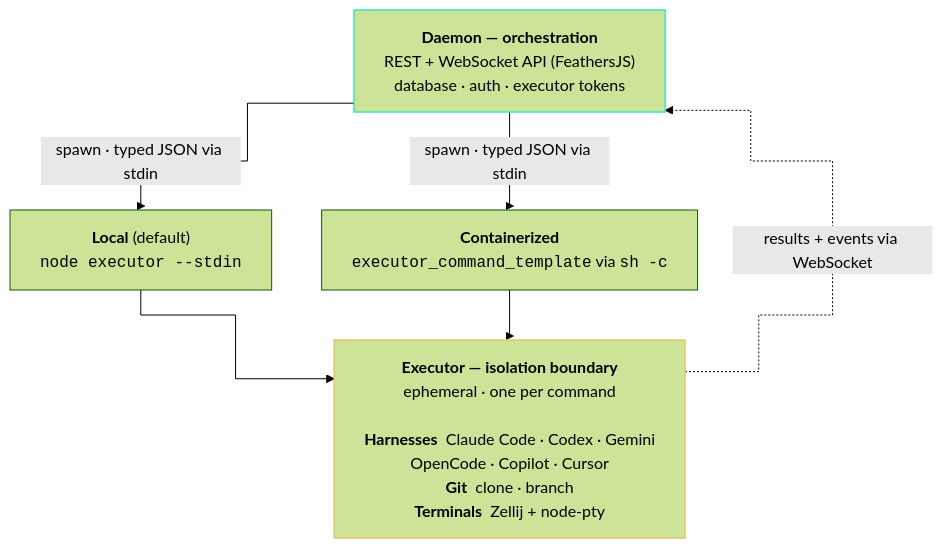
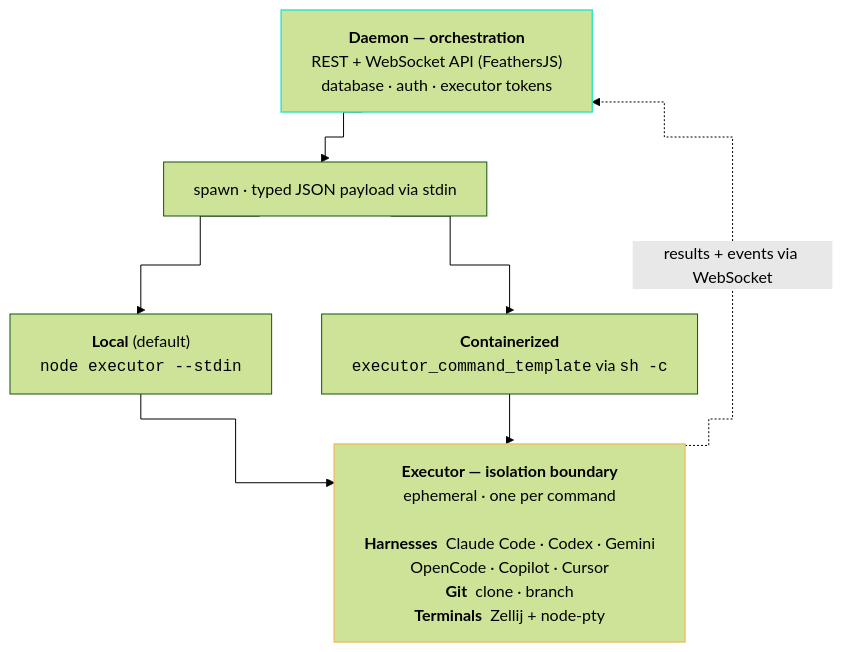
Before and after one commit to preset-io/agor: the diagram in apps/agor-docs/content/guide/containerized-execution.mdx, drawn with Mermaid (forest theme).

Commit message:
docs(executor): clean edge routing — single payload node
The two "spawn · typed JSON via stdin" boxes were edge labels, which
forced mermaid to detour each edge to the label position (off-center
connections, multi-bend paths, crooked arrowheads). Replace them with a
single payload node the daemon points straight into; it fans out to the
two spawn modes. Edges now attach perpendicular to box sides with a
single bend, and the duplicate label is gone.

````diff
--- a/apps/agor-docs/content/guide/containerized-execution.mdx
+++ b/apps/agor-docs/content/guide/containerized-execution.mdx
@@ -21,19 +21,21 @@
 ```mermaid
 %%{init: {'flowchart': {'curve': 'step', 'wrappingWidth': 340}}}%%
 graph TB
     Daemon["<b>Daemon — orchestration</b><br/>REST + WebSocket API (FeathersJS)<br/>database · auth · executor tokens"]
+    Spawn["spawn · typed JSON payload via stdin"]
     Local["<b>Local</b> (default)<br/><code>node executor --stdin</code>"]
     Remote["<b>Containerized</b><br/><code>executor_command_template</code> via <code>sh -c</code>"]
     Executor["<b>Executor — isolation boundary</b><br/>ephemeral · one per command<br/>&nbsp;<br/><b>Harnesses</b>&nbsp; Claude Code · Codex · Gemini<br/>OpenCode · Copilot · Cursor<br/><b>Git</b>&nbsp; clone · branch<br/><b>Terminals</b>&nbsp; Zellij + node-pty"]
 
-    Daemon -->|"spawn · typed JSON via stdin"| Local
-    Daemon -->|"spawn · typed JSON via stdin"| Remote
+    Daemon --> Spawn
+    Spawn --> Local
+    Spawn --> Remote
     Local --> Executor
     Remote --> Executor
     Executor -.->|"results + events via WebSocket"| Daemon
 
     classDef trusted stroke:#34e6c4,stroke-width:1.5px;
     classDef iso stroke:#e8c468,stroke-width:1.5px;
     class Daemon trusted;
     class Executor iso;
 ```
````
